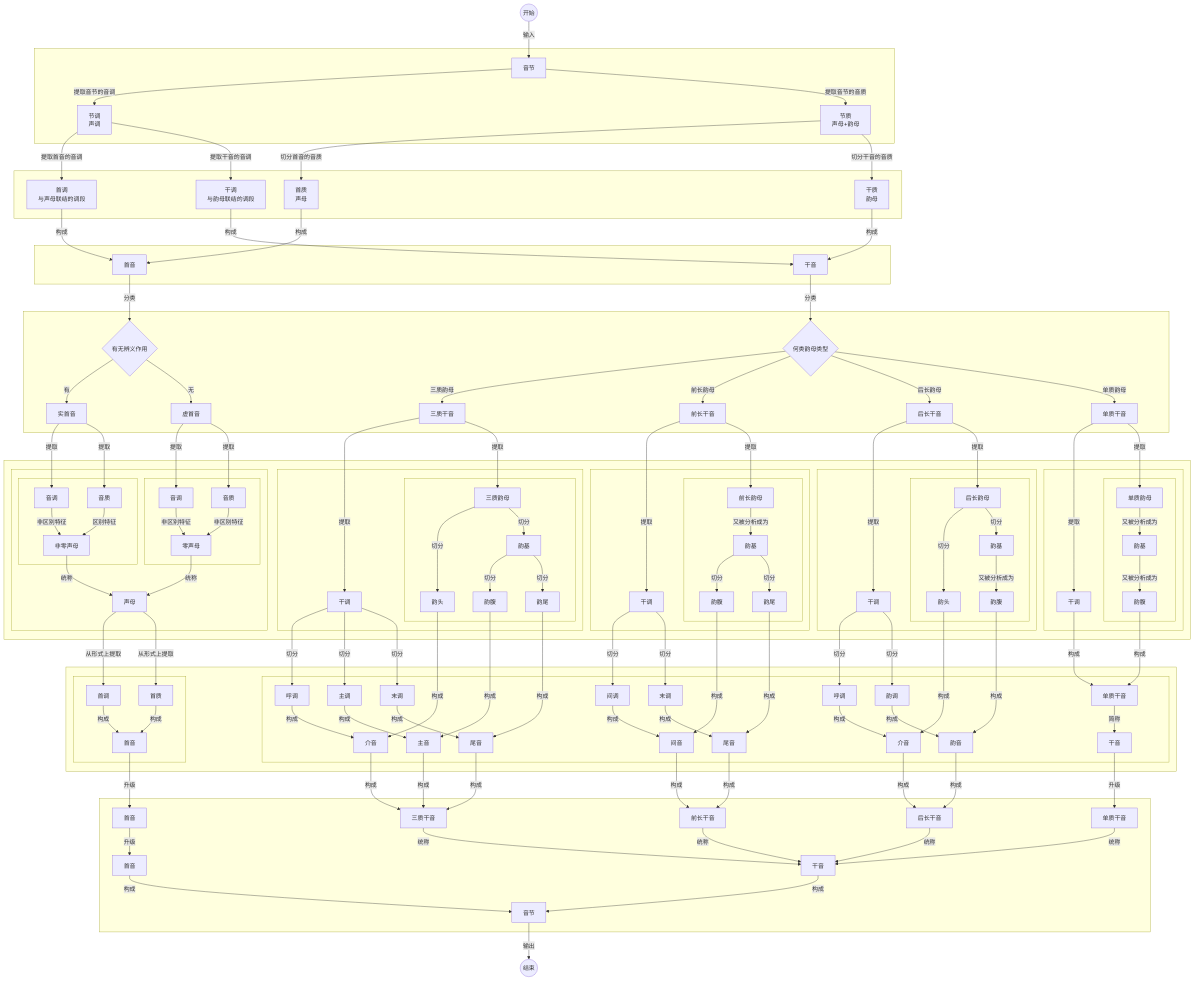
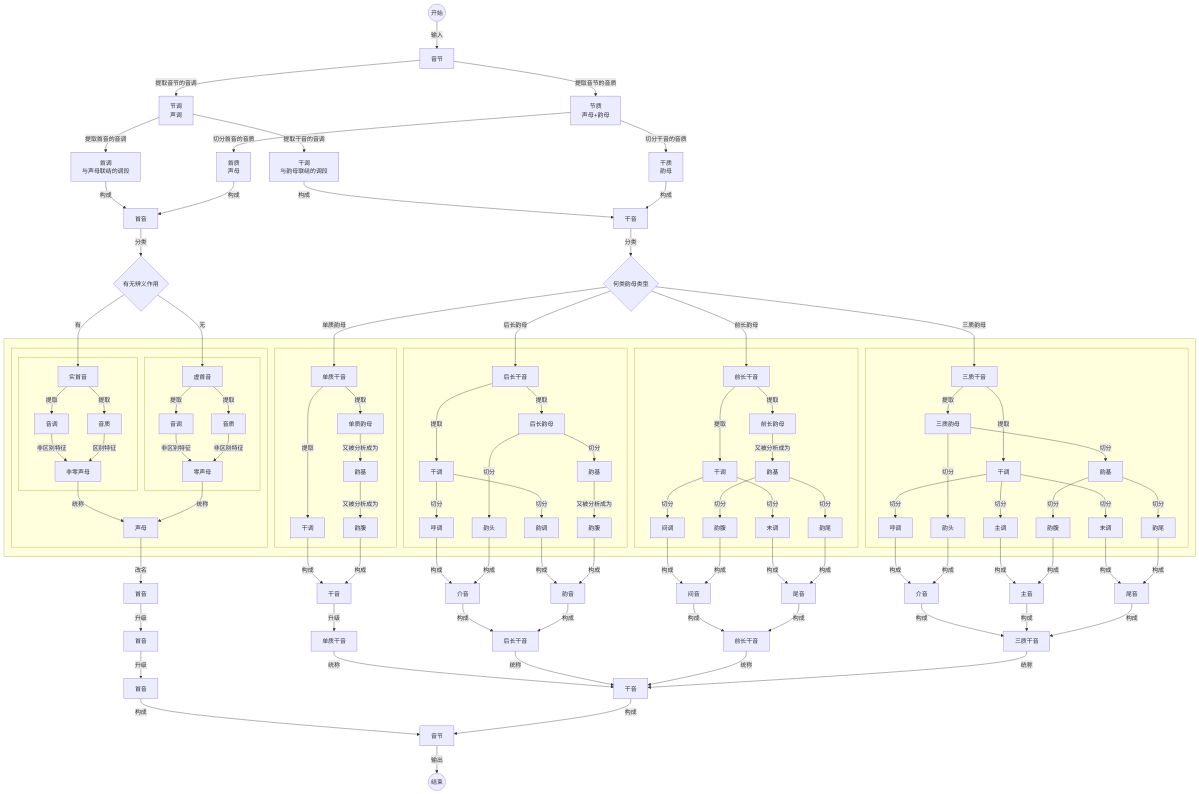
One commit to tsaanghwang/Yime-prototype changed the diagram in YIME_Theory/flowchart/唱音分析流程.mmd. Above: the diagram before and after it, drawn with Mermaid. The commit also changed 2 other files, not shown here.

```diff
--- a/YIME_Theory/flowchart/唱音分析流程.mmd
+++ b/YIME_Theory/flowchart/唱音分析流程.mmd
@@ -1,160 +1,129 @@
 graph TB
     Start((开始)) --> |输入|A[音节]
-    subgraph 提取节调和节质[" "]
         A --> |提取音节的音调|A1[节调<br>声调]
         A --> |提取音节的音质|A2[节质<br>声母+韵母]
-    end
 
-    subgraph 切分节调和节质[" "]
         A1 --> |提取首音的音调|D1[首调<br>与声母联结的调段]
         A1 --> |提取干音的音调|D2[干调<br>与韵母联结的调段]
         A2 --> |切分首音的音质|C1[首质<br>声母]
         A2 --> |切分干音的音质|C2[干质<br>韵母]
-    end
 
-    subgraph 切分首音和干音[" "]
-            D1 --> |构成|F[首音]
-            C1 --> |构成|F
-            D2 --> |构成|G[干音]
-            C2 --> |构成|G
-    end
+        D1 --> |构成|F[首音]
+        C1 --> |构成|F
+        D2 --> |构成|G[干音]
+        C2 --> |构成|G
 
-    subgraph 首音和干音分类[" "]
         F --> |分类|F0{有无辨义作用}
         F0 --> |有|F1[实首音]
         F0 --> |无|F2[虚首音]
         G --> |分类|G0{何类韵母类型}
         G0 --> |三质韵母|G1[三质干音]
         G0 --> |前长韵母|G2[前长干音]
         G0 --> |后长韵母|G3[后长干音]
         G0 --> |单质韵母|G4[单质干音]
-    end
 
     subgraph 分析首音和干音[" "]
 
         subgraph 首音分析[" "]
             subgraph 实首音[" "]
                 F1 --> |提取| H0[音调]
                 F1 --> |提取| H1[音质]
                 H0 --> |非区别特征| H4
                 H1 --> |区别特征| H4[非零声母]
             end
             subgraph 虚首音[" "]
                 F2 --> |提取| H2[音调]
                 F2 --> |提取| H3[音质]
                 H2 --> |非区别特征| H5
                 H3 --> |非区别特征| H5[零声母]
             end
             H4 --> |统称|H6[声母]
             H5 --> |统称|H6
         end
 
         subgraph 单质[" "]
         G4 --> |提取|J1[干调]
-            subgraph 单质韵母[" "]
-                G4 --> |提取|J2[单质韵母]
-                J2 --> |又被分析成为|J3[韵基]
-                J3 --> |又被分析成为|J4[韵腹]
-            end
+        G4 --> |提取|J2[单质韵母]
+        J2 --> |又被分析成为|J3[韵基]
+        J3 --> |又被分析成为|J4[韵腹]
         end
 
         subgraph 后长[" "]
         G3 --> |提取|K1[干调]
-            subgraph 后长韵母[" "]
-                G3 --> |提取|K2[后长韵母]
-                K2 --> |切分|K3[韵头]
-                K2 --> |切分|K4[韵基]
-                K4 --> |又被分析成为|K5[韵腹]
-            end
+        G3 --> |提取|K2[后长韵母]
+        K1 --> |切分|K6[呼调]
+        K1 --> |切分|K7[韵调]
+        K2 --> |切分|K3[韵头]
+        K2 --> |切分|K4[韵基]
+        K4 --> |又被分析成为|K5[韵腹]
         end
 
         subgraph 前长[" "]
         G2 --> |提取|L0[干调]
-            subgraph 前长韵母[" "]
-                G2 --> |提取|L3[前长韵母]
-                L3 --> |又被分析成为|L4[韵基]
-                L4 --> |切分|L5[韵腹]
-                L4 --> |切分|L6[韵尾]
-            end
+        G2 --> |提取|L3[前长韵母]
+        L0 --> |切分|L1[间调]
+        L0 --> |切分|L2[末调]
+        L3 --> |又被分析成为|L4[韵基]
+        L4 --> |切分|L5[韵腹]
+        L4 --> |切分|L6[韵尾]
         end
 
         subgraph 三质[" "]
         G1 --> |提取|M0[干调]
-            subgraph 三质韵母[" "]
-                G1 --> |提取|M1[三质韵母]
-                M1 --> |切分|M2[韵头]
-                M1 --> |切分|M3[韵基]
-                M3 --> |切分|M4[韵腹]
-                M3 --> |切分|M5[韵尾]
-            end
-        end
-
-    end
-
-    K1 --> |切分|K6[呼调]
-    K1 --> |切分|K7[韵调]
-
-    L0 --> |切分|L1[间调]
-    L0 --> |切分|L2[末调]
-
-    M0 --> |切分|M6[呼调]
-    M0 --> |切分|M7[主调]
-    M0 --> |切分|M8[末调]
-
-    subgraph 唱音分析[" "]
-        subgraph 充当首音的唱音[" "]
-            H6 --> |从形式上提取|H7[首调]
-            H6 --> |从形式上提取|H8[首质]
-            H7 --> |构成|H9
-            H8 --> |构成|H9[首音]
-        end
-        subgraph 构成干音的唱音[" "]
-            J1 --> |构成|N1[单质干音]
-            J4 --> |构成|N1
-            N1 --> |简称|N2[干音]
-
-            K6 --> |构成|O1[介音]
-            K3 --> |构成|O1
-            K7 --> |构成|O2[韵音]
-            K5 --> |构成|O2
-
-            L1 --> |构成|P1[间音]
-            L5 --> |构成|P1
-            L2 --> |构成|P2[尾音]
-            L6 --> |构成|P2
-
-            M6 --> |构成|Q1[介音]
-            M2 --> |构成|Q1
-            M7 --> |构成|Q2[主音]
-            M4 --> |构成|Q2
-            M8 --> |构成|Q3[尾音]
-            M5 --> |构成|Q3
+        G1 --> |提取|M1[三质韵母]
+        M1 --> |切分|M2[韵头]
+        M1 --> |切分|M3[韵基]
+        M3 --> |切分|M4[韵腹]
+        M3 --> |切分|M5[韵尾]
+        M0 --> |切分|M6[呼调]
+        M0 --> |切分|M7[主调]
+        M0 --> |切分|M8[末调]
         end
     end
 
-    subgraph 音节层次结构模型[" "]
-        H9 --> |升级|R0[首音]
-        R0 --> |升级|R1[首音]
+    H6 --> |改名|H7[首音]
 
-        N2 --> |升级|R2[单质干音]
+    J1 --> |构成|N1[干音]
+    J4 --> |构成|N1
 
-        O1 --> |构成|R3
-        O2 --> |构成|R3[后长干音]
+    K6 --> |构成|O1[介音]
+    K3 --> |构成|O1
+    K7 --> |构成|O2[韵音]
+    K5 --> |构成|O2
 
-        P1 --> |构成|R4
-        P2 --> |构成|R4[前长干音]
+    L1 --> |构成|P1[间音]
+    L5 --> |构成|P1
+    L2 --> |构成|P2[尾音]
+    L6 --> |构成|P2
 
-        Q1 --> |构成|R5
-        Q2 --> |构成|R5
-        Q3 --> |构成|R5[三质干音]
+    M6 --> |构成|Q1[介音]
+    M2 --> |构成|Q1
+    M7 --> |构成|Q2[主音]
+    M4 --> |构成|Q2
+    M8 --> |构成|Q3[尾音]
+    M5 --> |构成|Q3
 
-        R2  --> |统称|R6[干音]
-        R3  --> |统称|R6
-        R4  --> |统称|R6
-        R5  --> |统称|R6
+    H7 --> |升级|R0[首音]
+    R0 --> |升级|R1[首音]
+
+    N1 --> |升级|R2[单质干音]
+
+    O1 --> |构成|R3
+    O2 --> |构成|R3[后长干音]
+
+    P1 --> |构成|R4
+    P2 --> |构成|R4[前长干音]
+
+    Q1 --> |构成|R5
+    Q2 --> |构成|R5
+    Q3 --> |构成|R5[三质干音]
+
+    R2  --> |统称|R6[干音]
+    R3  --> |统称|R6
+    R4  --> |统称|R6
+    R5  --> |统称|R6
 
 
-        R1 --> |构成|S
-        R6 --> |构成|S[音节]
-    end
-    S --> |输出|End((结束))
+    R1 --> |构成|S
+    R6 --> |构成|S[音节]
+S --> |输出|End((结束))
```
